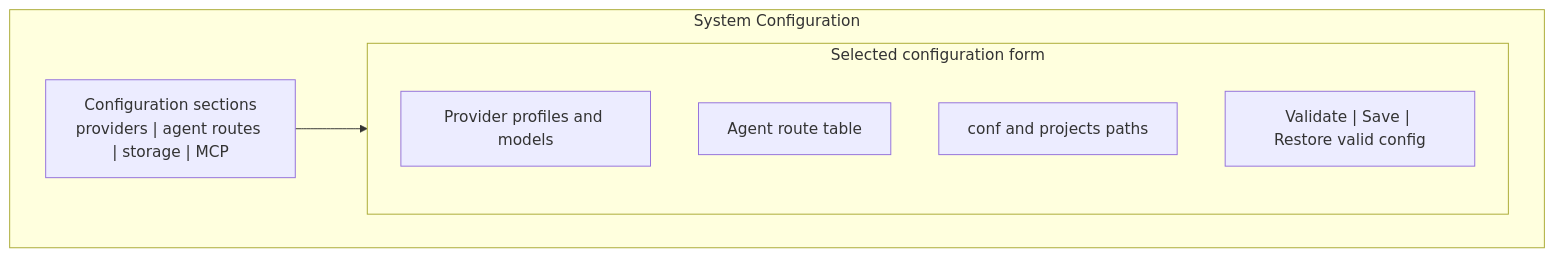
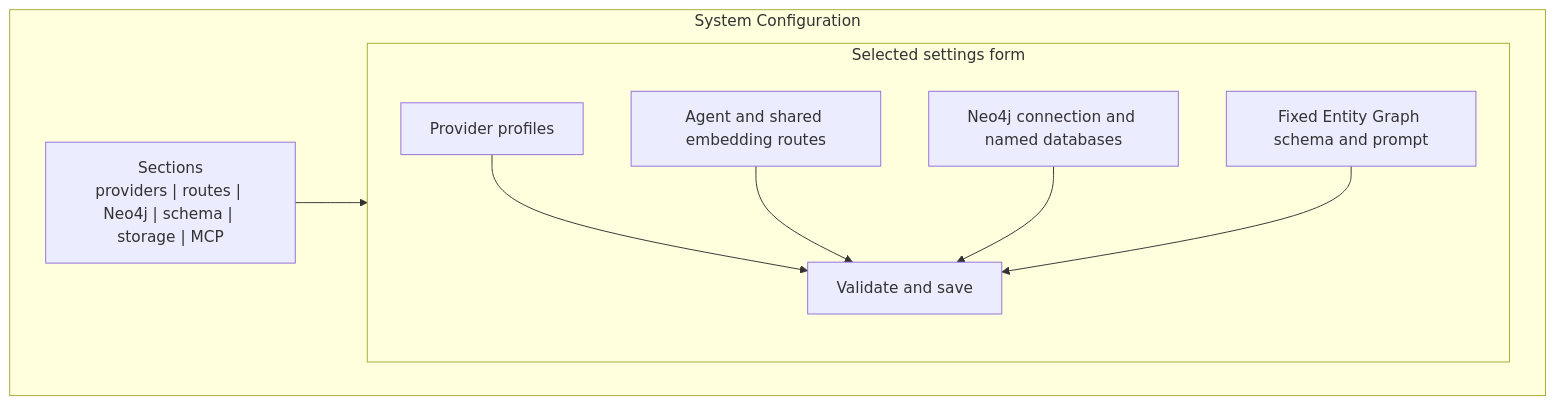
Before and after one commit to ATreep/DocSeek: diagram 16 of 19 in docs/superpowers/specs/2026-08-15-docseek-detailed-prd.md, drawn with Mermaid. The commit also changed other lines of this file and 1 other file, not shown here.

Commit message:
docs: revise DocSeek for Neo4j GraphRAG architecture

````diff
--- a/docs/superpowers/specs/2026-08-15-docseek-detailed-prd.md
+++ b/docs/superpowers/specs/2026-08-15-docseek-detailed-prd.md
@@ -261,15 +485,20 @@
 ```mermaid
 flowchart LR
-  subgraph SYSTEM_CONFIG_PAGE["System Configuration"]
+  subgraph SYSTEM_CONFIG["System Configuration"]
     direction LR
-    CONFIG_NAV["Configuration sections<br/>providers | agent routes | storage | MCP"]
-    subgraph CONFIG_MAIN["Selected configuration form"]
+    NAV["Sections<br/>providers | routes | Neo4j | schema | storage | MCP"]
+    subgraph FORM["Selected settings form"]
       direction TB
-      PROFILE_LIST["Provider profiles and models"]
-      ROUTE_TABLE["Agent route table"]
-      PATH_FIELDS["conf and projects paths"]
-      VALIDATE_SAVE["Validate | Save | Restore valid config"]
+      PROVIDERS["Provider profiles"]
+      ROUTES["Agent and shared embedding routes"]
+      NEO4J["Neo4j connection and named databases"]
+      SCHEMA["Fixed Entity Graph schema and prompt"]
+      SAVE["Validate and save"]
     end
   end
-  CONFIG_NAV --> CONFIG_MAIN
+  NAV --> FORM
+  PROVIDERS --> SAVE
+  ROUTES --> SAVE
+  NEO4J --> SAVE
+  SCHEMA --> SAVE
 ```
````
